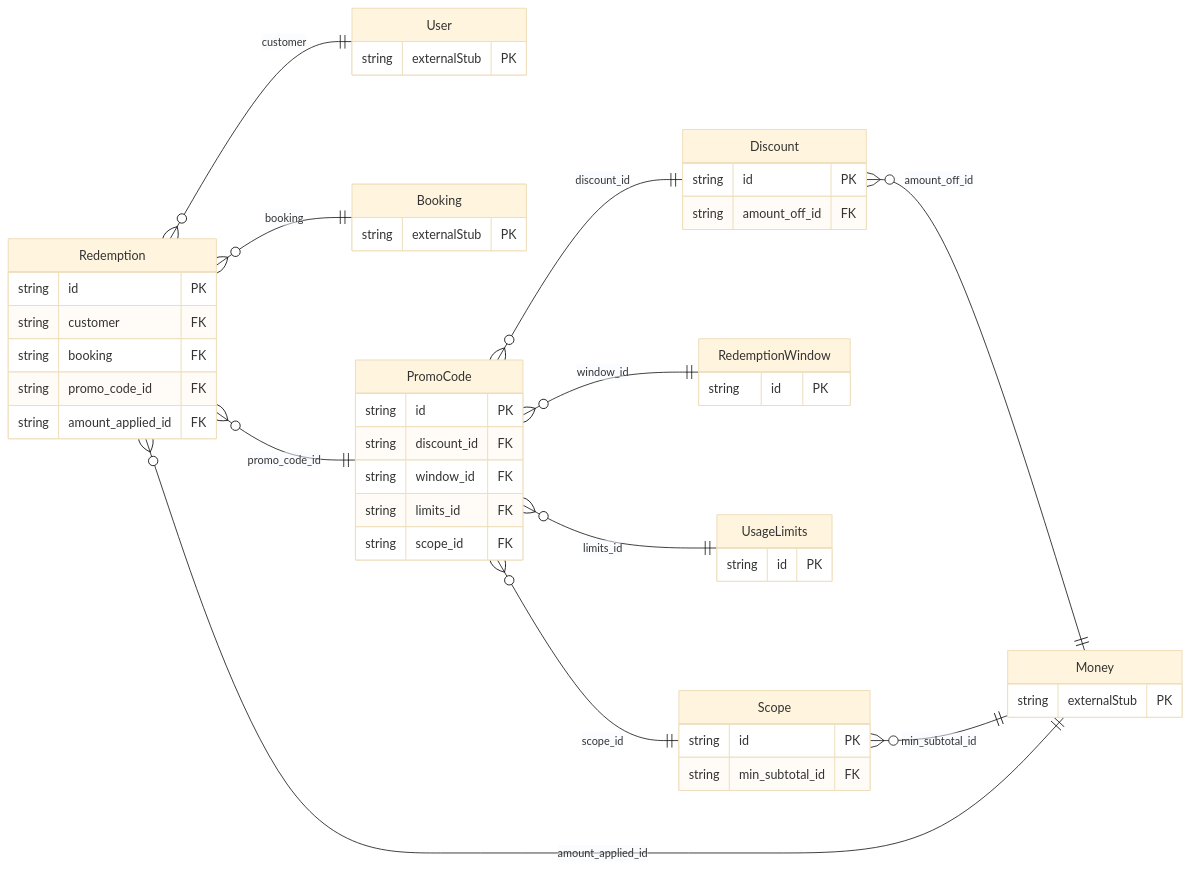
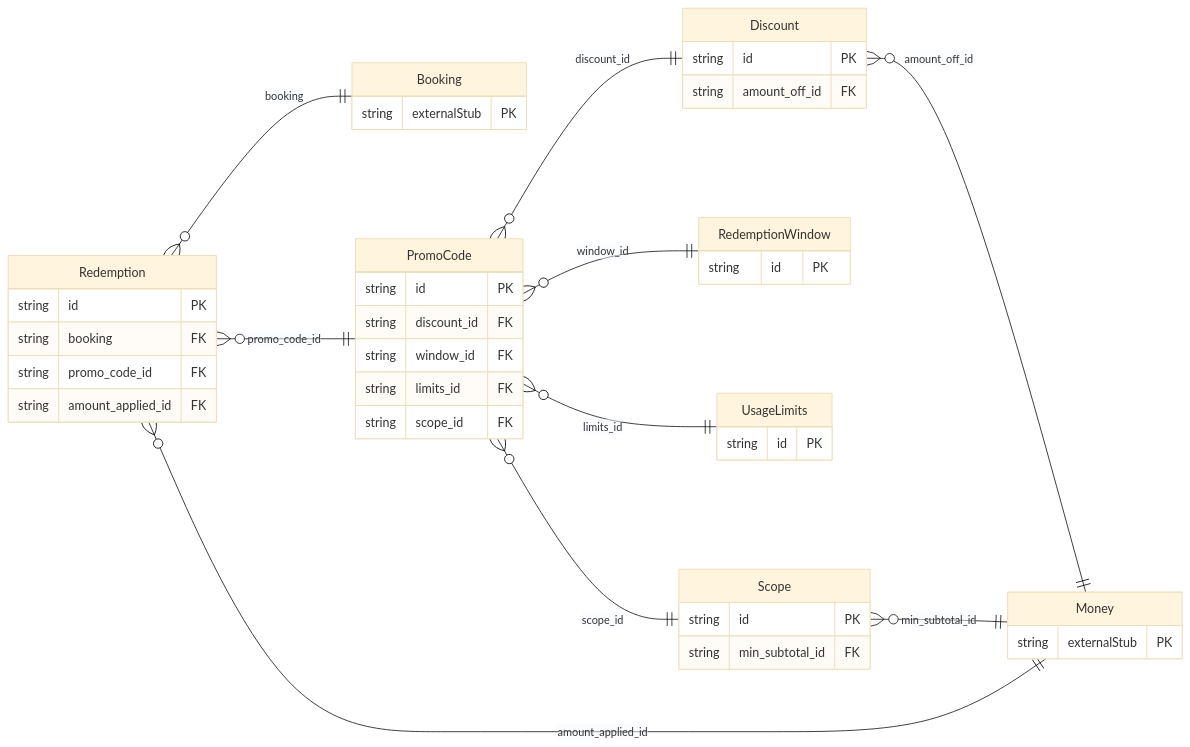
One commit to build-a-company/freebusy changed the diagram in protobuf/generated/prisma/freebusy/promocode/README.md. Above: the diagram before and after it, drawn with Mermaid (base theme). The commit also changed 353 other files, not shown here.

First line of the commit message:
Refactor: Remove identity and organisation schemas

````diff
--- a/protobuf/generated/prisma/freebusy/promocode/README.md
+++ b/protobuf/generated/prisma/freebusy/promocode/README.md
@@ -13,51 +13,46 @@
 ```mermaid
 erDiagram
     direction LR
     Discount {
         string id PK
         string amount_off_id FK
     }
     PromoCode {
         string id PK
         string discount_id FK
         string window_id FK
         string limits_id FK
         string scope_id FK
     }
     Redemption {
         string id PK
-        string customer FK
         string booking FK
         string promo_code_id FK
         string amount_applied_id FK
     }
     RedemptionWindow {
         string id PK
     }
     Scope {
         string id PK
         string min_subtotal_id FK
     }
     UsageLimits {
         string id PK
     }
     Booking {
         string externalStub PK
     }
     Money {
         string externalStub PK
     }
-    User {
-        string externalStub PK
-    }
     Discount }o--|| Money : "amount_off_id"
     PromoCode }o--|| Discount : "discount_id"
     PromoCode }o--|| RedemptionWindow : "window_id"
     PromoCode }o--|| UsageLimits : "limits_id"
     PromoCode }o--|| Scope : "scope_id"
-    Redemption }o--|| User : "customer"
     Redemption }o--|| Booking : "booking"
     Redemption }o--|| PromoCode : "promo_code_id"
     Redemption }o--|| Money : "amount_applied_id"
     Scope }o--|| Money : "min_subtotal_id"
 ```
````
